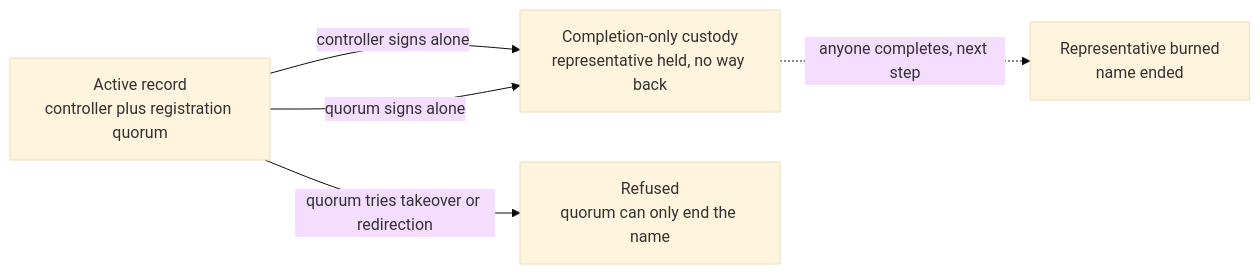
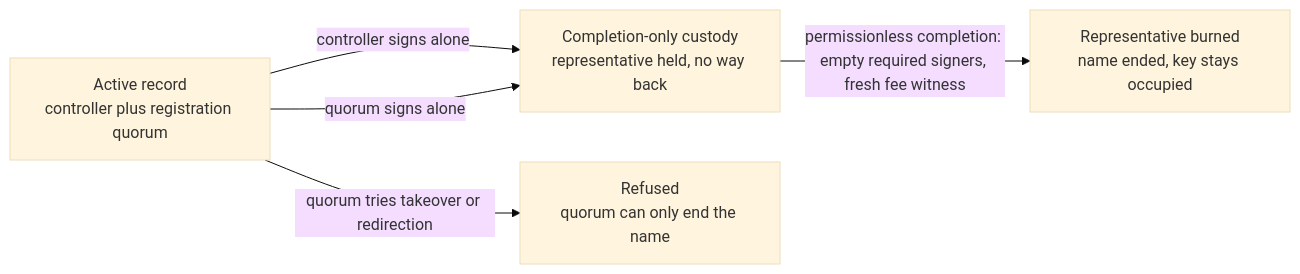
The third of 3 diagrams in docs/recovery-retirement.md (lambdasistemi/singular), drawn with Mermaid (base theme) before and after one commit. The commit also changed other lines of this file and 21 other files, not shown here.

````diff
--- a/docs/recovery-retirement.md
+++ b/docs/recovery-retirement.md
@@ -81,7 +81,7 @@
 ```mermaid
 flowchart LR
   Record[Active record<br/>controller plus registration quorum] -->|controller signs alone| Custody[Completion-only custody<br/>representative held, no way back]
   Record -->|quorum signs alone| Custody
   Record -->|quorum tries takeover or redirection| Refused[Refused<br/>quorum can only end the name]
-  Custody -.->|anyone completes, next step| Burned[Representative burned<br/>name ended]
+  Custody -->|permissionless completion: empty required signers, fresh fee witness| Burned[Representative burned<br/>name ended, key stays occupied]
 ```
````
